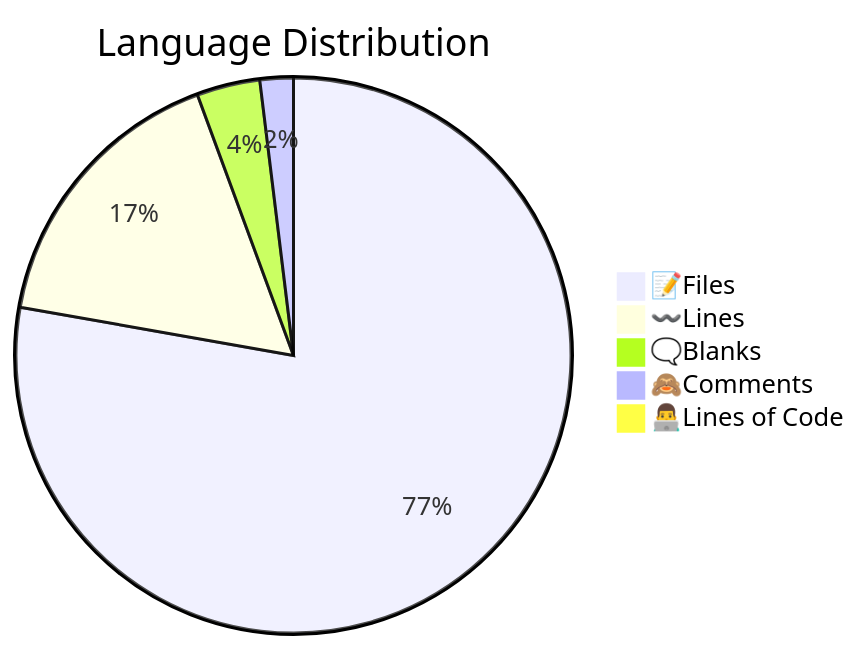
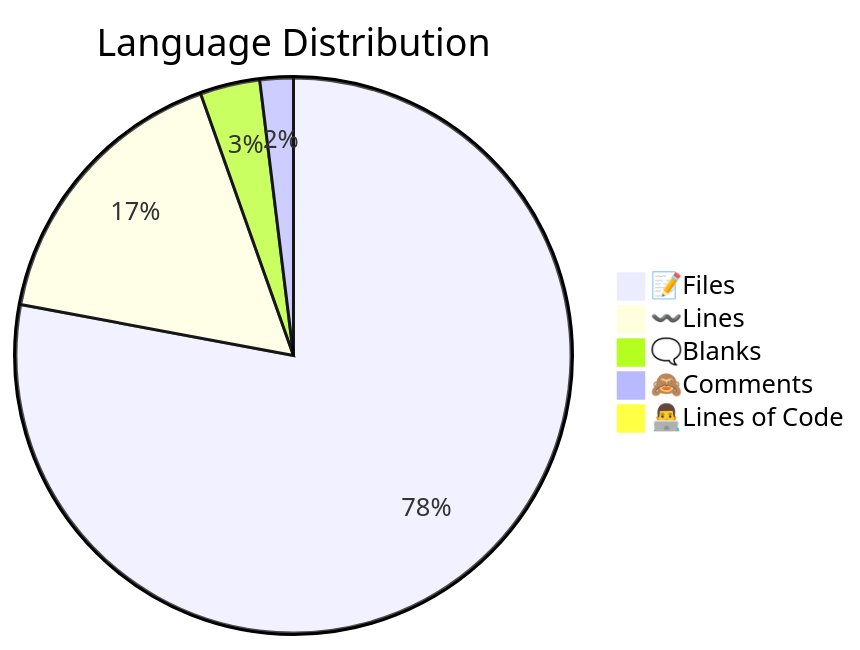
The diagram in .github/stats/Code Statistics.md (PyNetic/PyNetic), drawn with Mermaid before and after one commit. The commit also changed other lines of this file, not shown here.

````diff
--- a/.github/stats/Code Statistics.md
+++ b/.github/stats/Code Statistics.md
@@ -7,8 +7,8 @@
 ```mermaid  
 pie title Language Distribution  
     "📝Files" : 1523  
     "〰️Lines" : 325  
-    "🗨️Blanks" : 72  
+    "🗨️Blanks" : 68  
     "🙈Comments" : 38  
     "👨‍💻Lines of Code" : 8  
 ```  
````
